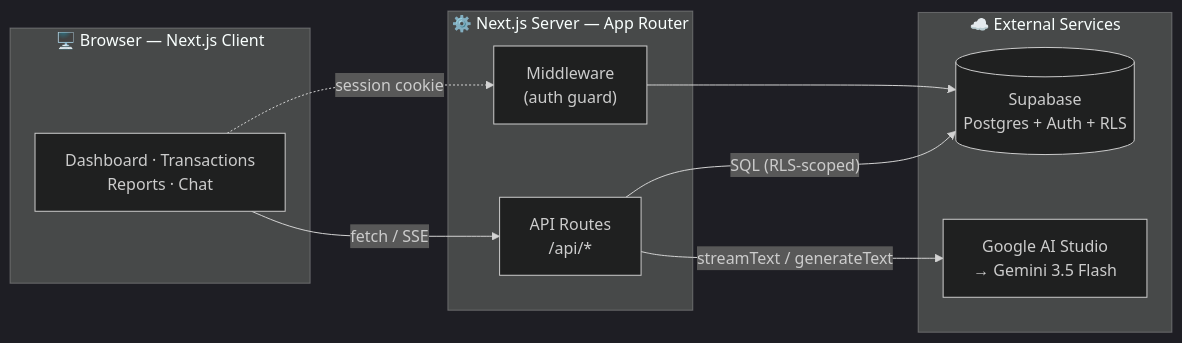
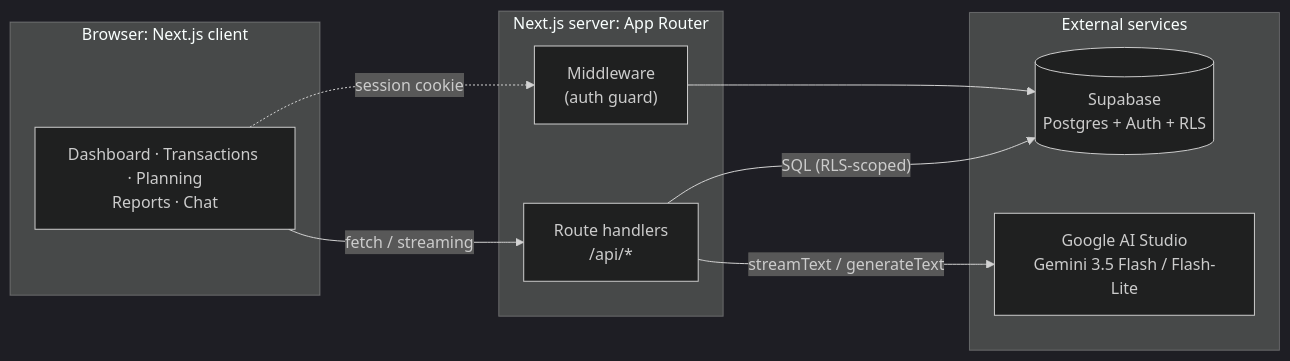
One commit to filan214/AIFinanceTracker changed the first of 4 diagrams in README.md. Above: the diagram before and after it, drawn with Mermaid (dark theme). The commit also changed other lines of this file, not shown here.

````diff
--- a/README.md
+++ b/README.md
@@ -51,20 +90,20 @@
 ```mermaid
 flowchart LR
-    subgraph Client["🖥️ Browser — Next.js Client"]
-        UI["Dashboard · Transactions<br/>Reports · Chat"]
+    subgraph Client["Browser: Next.js client"]
+        UI["Dashboard · Transactions · Planning<br/>Reports · Chat"]
     end
-    subgraph Server["⚙️ Next.js Server — App Router"]
+    subgraph Server["Next.js server: App Router"]
         MW["Middleware<br/>(auth guard)"]
-        API["API Routes<br/>/api/*"]
+        API["Route handlers<br/>/api/*"]
     end
-    subgraph Ext["☁️ External Services"]
+    subgraph Ext["External services"]
         SB[("Supabase<br/>Postgres + Auth + RLS")]
-        OR["Google AI Studio<br/>→ Gemini 3.5 Flash"]
+        AI["Google AI Studio<br/>Gemini 3.5 Flash / Flash-Lite"]
     end
 
-    UI -->|fetch / SSE| API
+    UI -->|fetch / streaming| API
     UI -.->|session cookie| MW
     MW --> SB
     API -->|"SQL (RLS-scoped)"| SB
-    API -->|"streamText / generateText"| OR
+    API -->|"streamText / generateText"| AI
 ```
````
